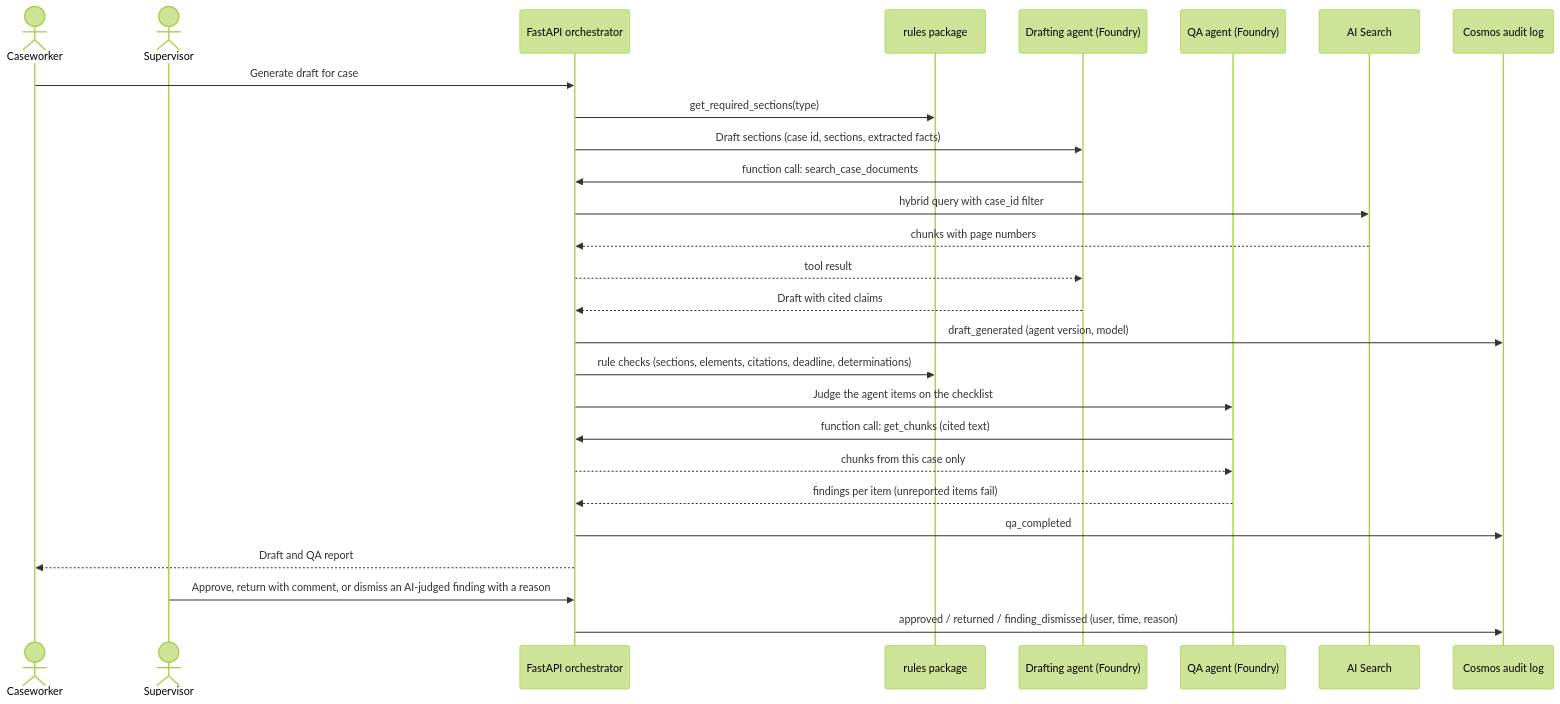
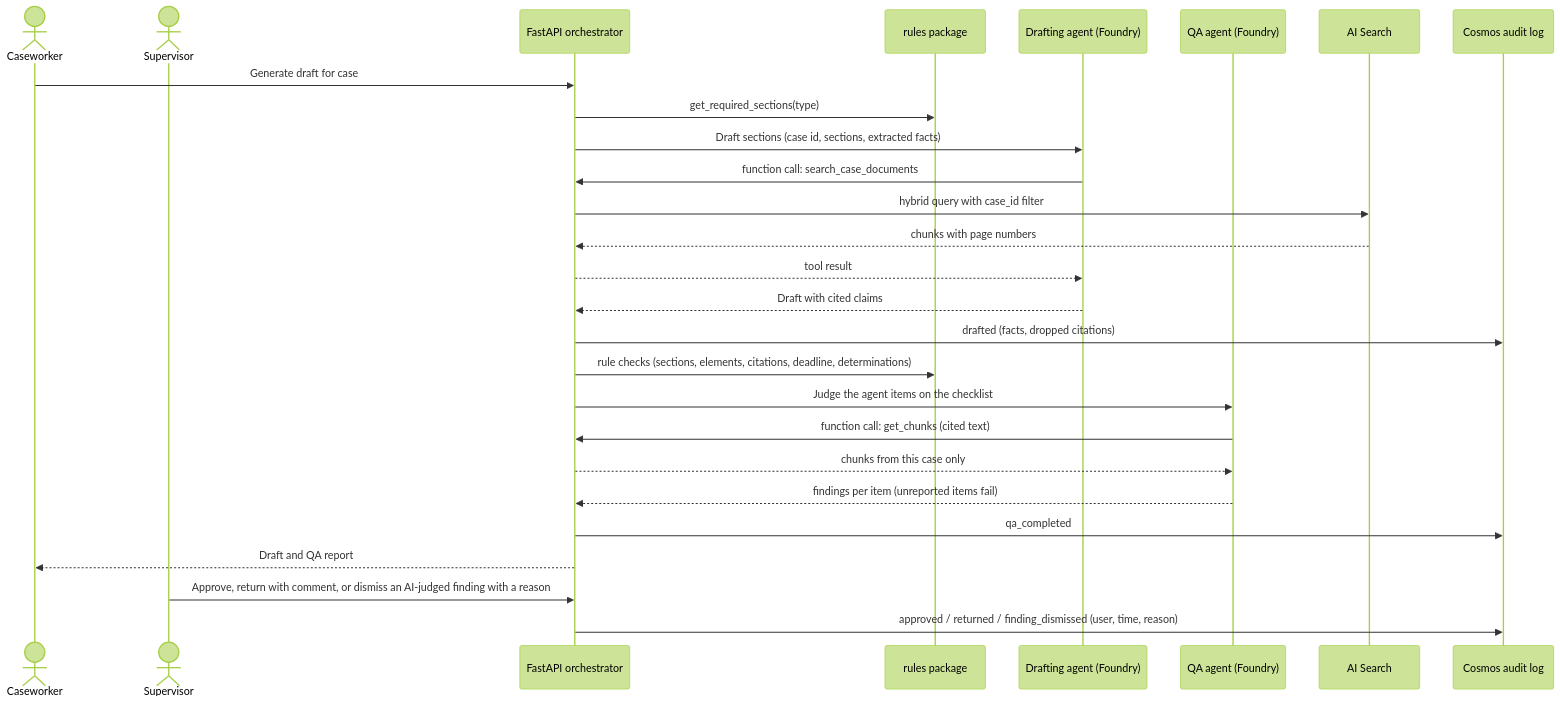
One commit to albitusha-create/case-assessment-assistant changed the second of 2 diagrams in docs/architecture.md. Above: the diagram before and after it, drawn with Mermaid (forest theme). The commit also changed other lines of this file and 14 other files, not shown here.

````diff
--- a/docs/architecture.md
+++ b/docs/architecture.md
@@ -35,30 +36,30 @@
 ```mermaid
 sequenceDiagram
     actor CW as Caseworker
     actor SV as Supervisor
     participant App as FastAPI orchestrator
     participant Rules as rules package
     participant Draft as Drafting agent (Foundry)
     participant QA as QA agent (Foundry)
     participant Search as AI Search
     participant Audit as Cosmos audit log
 
     CW->>App: Generate draft for case
     App->>Rules: get_required_sections(type)
     App->>Draft: Draft sections (case id, sections, extracted facts)
     Draft->>App: function call: search_case_documents
     App->>Search: hybrid query with case_id filter
     Search-->>App: chunks with page numbers
     App-->>Draft: tool result
     Draft-->>App: Draft with cited claims
-    App->>Audit: draft_generated (agent version, model)
+    App->>Audit: drafted (facts, dropped citations)
     App->>Rules: rule checks (sections, elements, citations, deadline, determinations)
     App->>QA: Judge the agent items on the checklist
     QA->>App: function call: get_chunks (cited text)
     App-->>QA: chunks from this case only
     QA-->>App: findings per item (unreported items fail)
     App->>Audit: qa_completed
     App-->>CW: Draft and QA report
     SV->>App: Approve, return with comment, or dismiss an AI-judged finding with a reason
     App->>Audit: approved / returned / finding_dismissed (user, time, reason)
 ```
````
